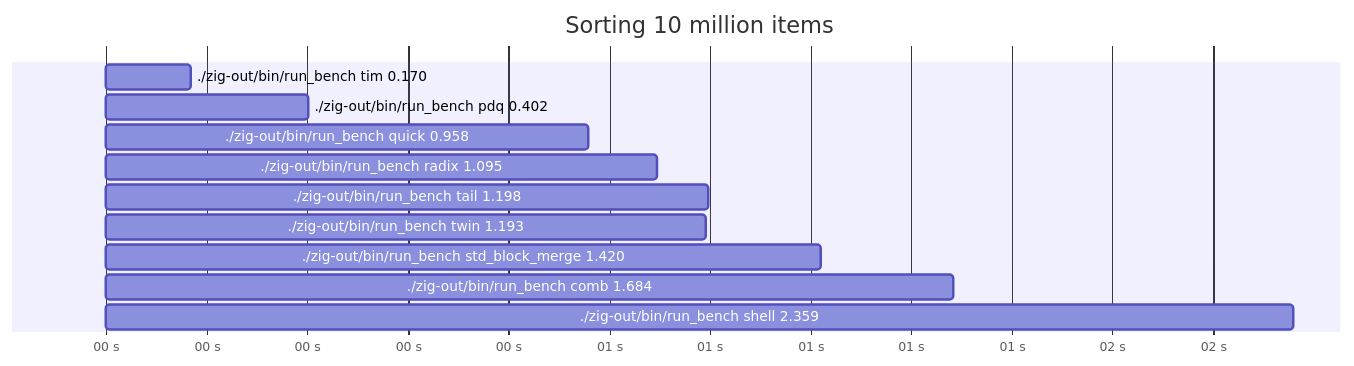
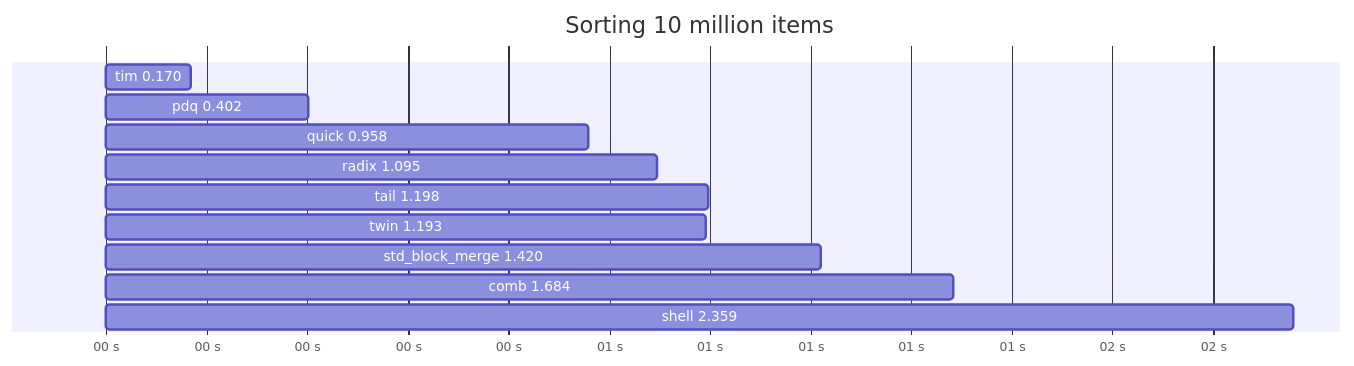
One commit to alichraghi/zort changed the third of 3 diagrams in README.md. Above: the diagram before and after it, drawn with Mermaid.

````diff
--- a/README.md
+++ b/README.md
@@ -76,15 +76,15 @@
 ```mermaid
 gantt
     title Sorting 10 million items
     dateFormat x
     axisFormat %S s
-    ./zig-out/bin/run_bench tim 0.170: 0,170
-    ./zig-out/bin/run_bench pdq 0.402: 0,402
-    ./zig-out/bin/run_bench quick 0.958: 0,958
-    ./zig-out/bin/run_bench radix 1.095: 0,1095
-    ./zig-out/bin/run_bench tail 1.198: 0,1198
-    ./zig-out/bin/run_bench twin 1.193: 0,1193
-    ./zig-out/bin/run_bench std_block_merge 1.420: 0,1420
-    ./zig-out/bin/run_bench comb 1.684: 0,1684
-    ./zig-out/bin/run_bench shell 2.359: 0,2359
+    tim 0.170: 0,170
+    pdq 0.402: 0,402
+    quick 0.958: 0,958
+    radix 1.095: 0,1095
+    tail 1.198: 0,1198
+    twin 1.193: 0,1193
+    std_block_merge 1.420: 0,1420
+    comb 1.684: 0,1684
+    shell 2.359: 0,2359
 ```
````
